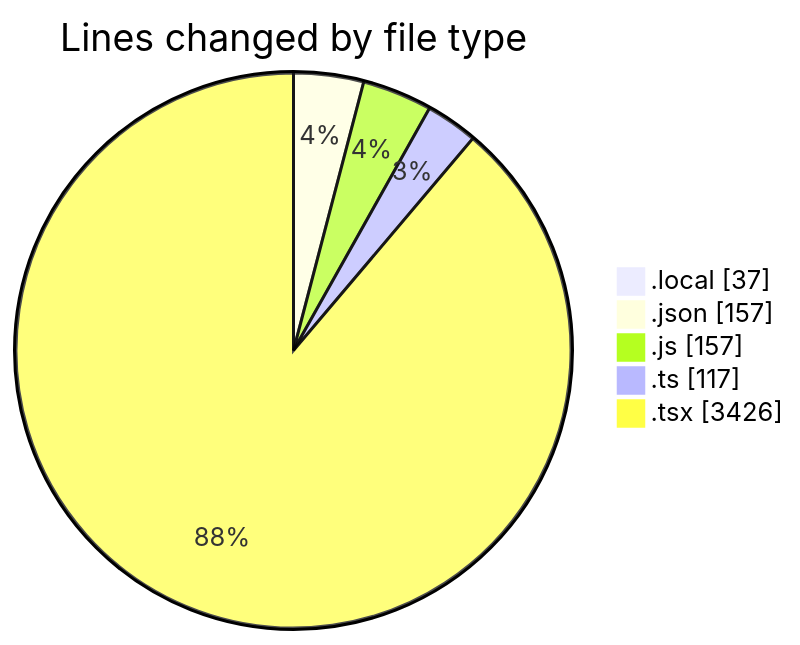
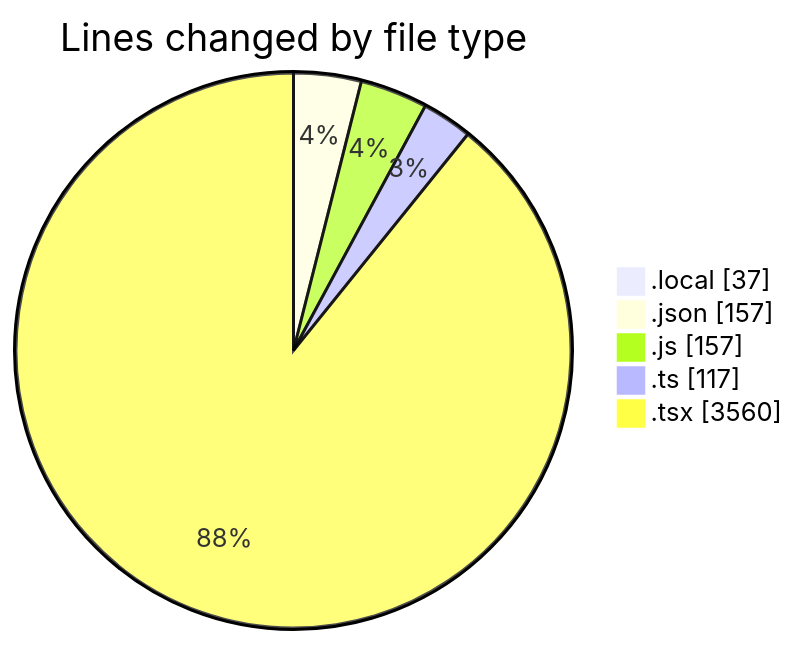
The first of 2 diagrams in 2026-02-17/id_ia/README.md (becaeroporto-bot/code-tracking), drawn with Mermaid before and after one commit. The commit also changed other lines of this file and 1 other file, not shown here.

````diff
--- a/2026-02-17/id_ia/README.md
+++ b/2026-02-17/id_ia/README.md
@@ -47,9 +48,9 @@
 ```mermaid
 pie showData
 title Lines changed by file type
 ".local" : 37
 ".json" : 157
 ".js" : 157
 ".ts" : 117
-".tsx" : 3426
+".tsx" : 3560
 ```
````
